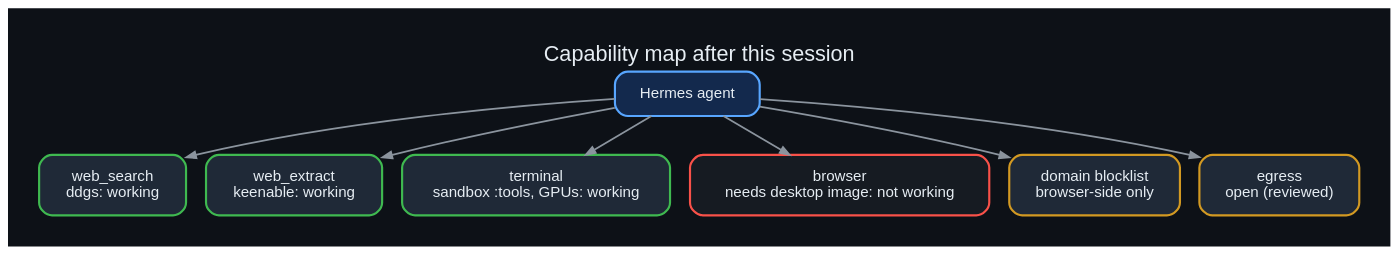
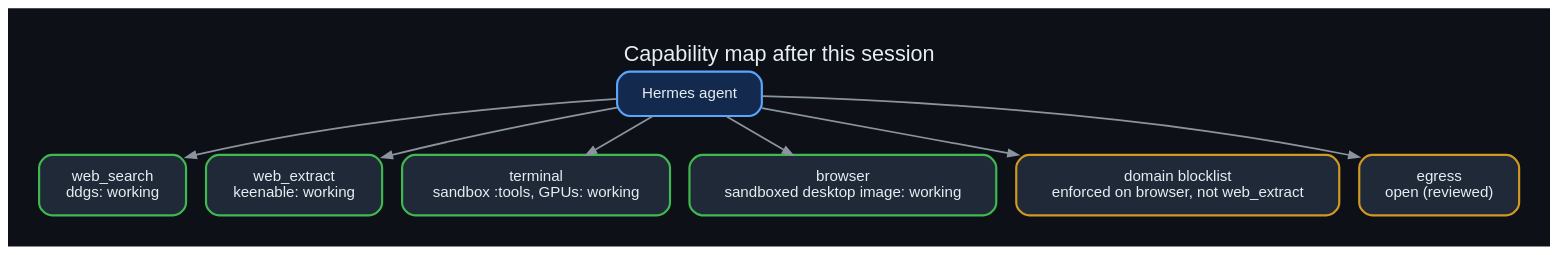
Before and after one commit to danindiana/hermes-web-search-ddgs: the diagram in diagrams/34_capability_map.dot, drawn with Graphviz. The commit also changed 38 other files, not shown here.

Commit message:
Browser working via sandboxed desktop image (Dockerfile.desktop); diagrams 35-38; update verification

```diff
--- a/diagrams/34_capability_map.dot
+++ b/diagrams/34_capability_map.dot
@@ -1,10 +1,10 @@
 digraph g {
 graph [bgcolor="#0d1117", rankdir=LR, fontname="Helvetica", fontcolor="#e6edf3", labelloc="t", fontsize=20, pad=0.4];
 node  [fontname="Helvetica", fontcolor="#e6edf3", color="#30363d", style="filled,rounded", shape=box, penwidth=2, margin="0.25,0.18", fillcolor="#161b22"];
 edge  [color="#8b949e", fontname="Helvetica", fontcolor="#adbac7", penwidth=1.6, arrowsize=0.9];
 label="Capability map after this session";
 rankdir=TB;
 h [label="Hermes agent", color="#58a6ff", fillcolor="#13294d"];
-s [label="web_search\nddgs: working", color="#3fb950", fillcolor="#1f2937"]; x [label="web_extract\nkeenable: working", color="#3fb950", fillcolor="#1f2937"]; t [label="terminal\nsandbox :tools, GPUs: working", color="#3fb950", fillcolor="#1f2937"]; b [label="browser\nneeds desktop image: not working", color="#f85149"]; pol [label="domain blocklist\nbrowser-side only", color="#d29922", fillcolor="#1f2937"]; eg [label="egress\nopen (reviewed)", color="#d29922", fillcolor="#1f2937"];
+s [label="web_search\nddgs: working", color="#3fb950", fillcolor="#1f2937"]; x [label="web_extract\nkeenable: working", color="#3fb950", fillcolor="#1f2937"]; t [label="terminal\nsandbox :tools, GPUs: working", color="#3fb950", fillcolor="#1f2937"]; b [label="browser\nsandboxed desktop image: working", color="#3fb950", fillcolor="#1f2937"]; pol [label="domain blocklist\nenforced on browser, not web_extract", color="#d29922", fillcolor="#1f2937"]; eg [label="egress\nopen (reviewed)", color="#d29922", fillcolor="#1f2937"];
 h->s; h->x; h->t; h->b; h->pol; h->eg;
 }
```
